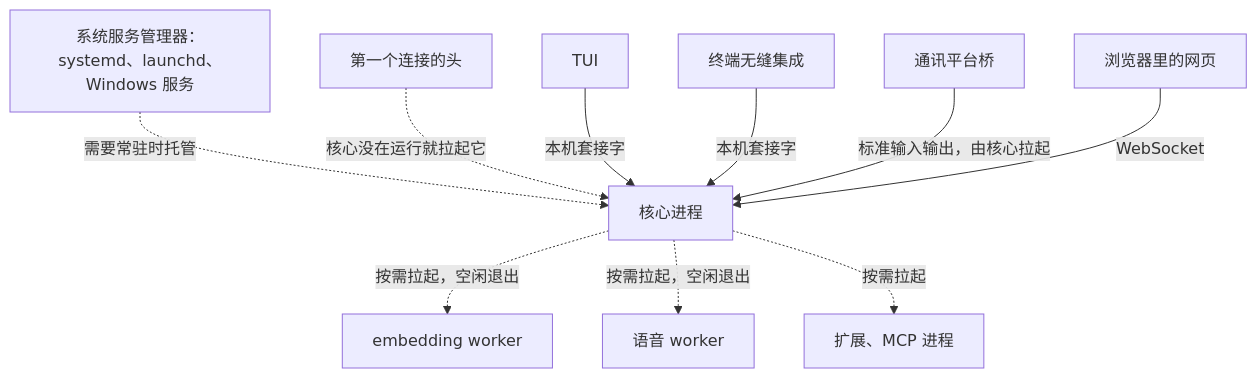
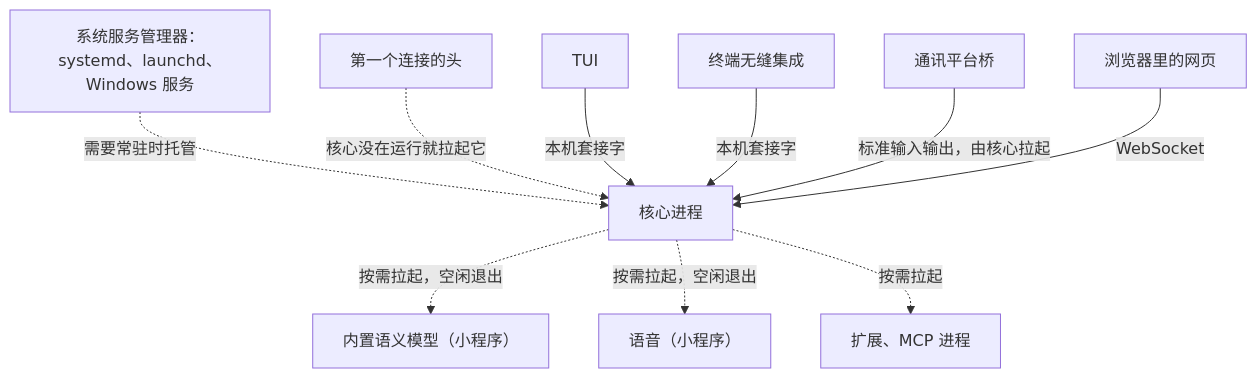
Before and after one commit to SHORiN-KiWATA/miyu-agent-remake: the fourth of 5 diagrams in docs/designs/01-架构.md, drawn with Mermaid. The commit also changed other lines of this file and 20 other files, not shown here.

````diff
--- a/docs/designs/01-架构.md
+++ b/docs/designs/01-架构.md
@@ -189,13 +189,13 @@
 ```mermaid
 flowchart TB
     svc["系统服务管理器：systemd、launchd、Windows 服务"] -. "需要常驻时托管" .-> core
     first["第一个连接的头"] -. "核心没在运行就拉起它" .-> core
     core["核心进程"]
-    core -. "按需拉起，空闲退出" .-> w1["embedding worker"]
-    core -. "按需拉起，空闲退出" .-> w2["语音 worker"]
+    core -. "按需拉起，空闲退出" .-> w1["内置语义模型（小程序）"]
+    core -. "按需拉起，空闲退出" .-> w2["语音（小程序）"]
     core -. "按需拉起" .-> p1["扩展、MCP 进程"]
     tui["TUI"] -- "本机套接字" --> core
     shell["终端无缝集成"] -- "本机套接字" --> core
     im["通讯平台桥"] -- "标准输入输出，由核心拉起" --> core
     web["浏览器里的网页"] -- "WebSocket" --> core
 ```
````
